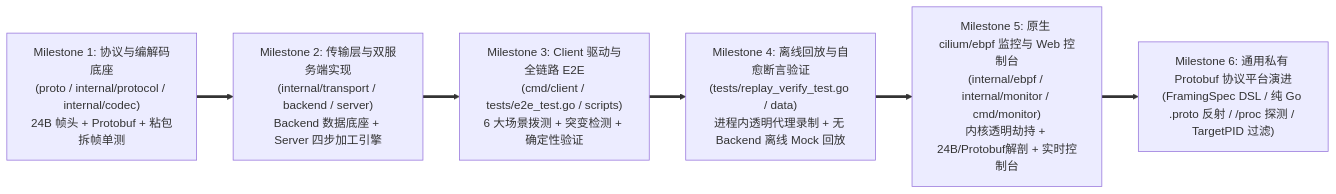
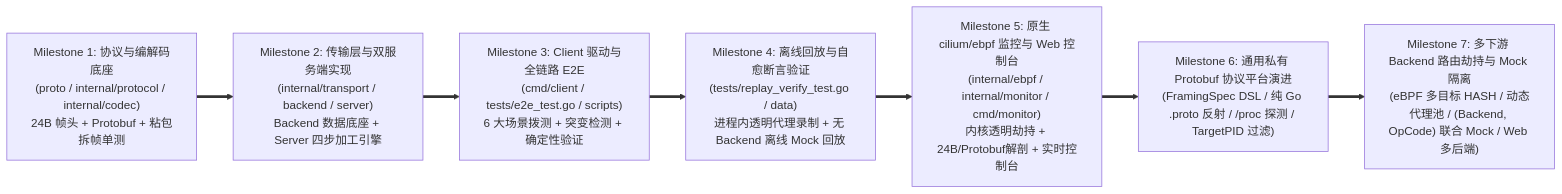
One commit to fugui/flowbench changed the diagram in docs/04-tasks/01-roadmap.md. Above: the diagram before and after it, drawn with Mermaid. The commit also changed other lines of this file and 4 other files, not shown here.

Commit message:
docs: 完成多下游 Backend 路由劫持与 Mock 隔离特性设计与作战卡 (M7-SDD)

````diff
--- a/docs/04-tasks/01-roadmap.md
+++ b/docs/04-tasks/01-roadmap.md
@@ -19,11 +19,12 @@
 ```mermaid
 flowchart LR
     M1["Milestone 1: 协议与编解码底座<br/>(proto / internal/protocol / internal/codec)<br/>24B 帧头 + Protobuf + 粘包拆帧单测"]
     M2["Milestone 2: 传输层与双服务端实现<br/>(internal/transport / backend / server)<br/>Backend 数据底座 + Server 四步加工引擎"]
     M3["Milestone 3: Client 驱动与全链路 E2E<br/>(cmd/client / tests/e2e_test.go / scripts)<br/>6 大场景拨测 + 突变检测 + 确定性验证"]
     M4["Milestone 4: 离线回放与自愈断言验证<br/>(tests/replay_verify_test.go / data)<br/>进程内透明代理录制 + 无 Backend 离线 Mock 回放"]
     M5["Milestone 5: 原生 cilium/ebpf 监控与 Web 控制台<br/>(internal/ebpf / internal/monitor / cmd/monitor)<br/>内核透明劫持 + 24B/Protobuf解剖 + 实时控制台"]
     M6["Milestone 6: 通用私有 Protobuf 协议平台演进<br/>(FramingSpec DSL / 纯 Go .proto 反射 / /proc 探测 / TargetPID 过滤)"]
+    M7["Milestone 7: 多下游 Backend 路由劫持与 Mock 隔离<br/>(eBPF 多目标 HASH / 动态代理池 / (Backend, OpCode) 联合 Mock / Web 多后端)"]
 
-    M1 ==> M2 ==> M3 ==> M4 ==> M5 ==> M6
+    M1 ==> M2 ==> M3 ==> M4 ==> M5 ==> M6 ==> M7
 ```
````
